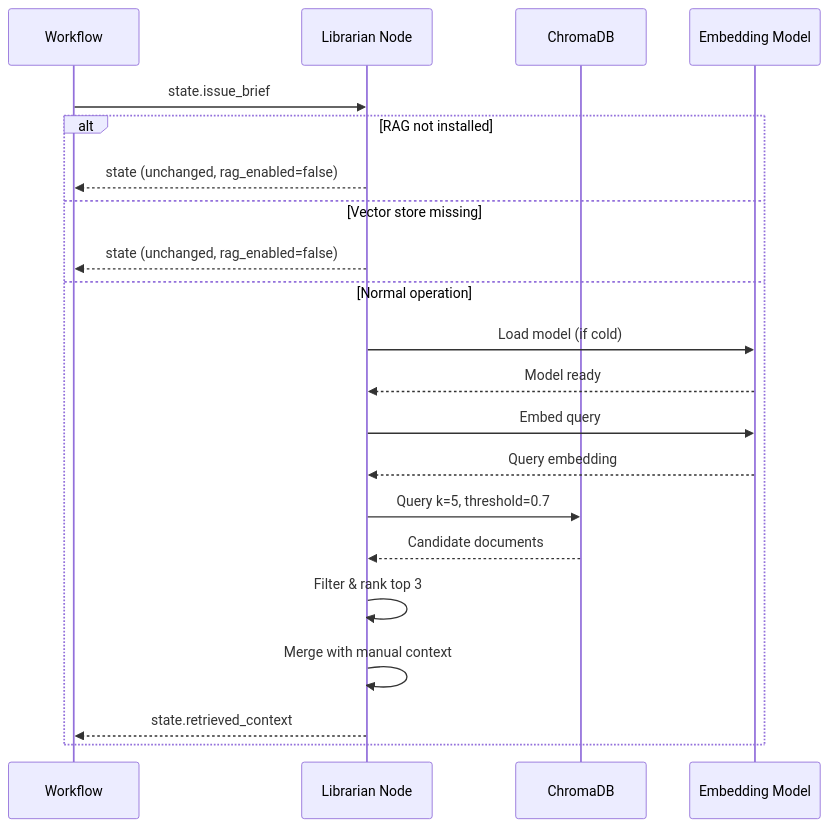
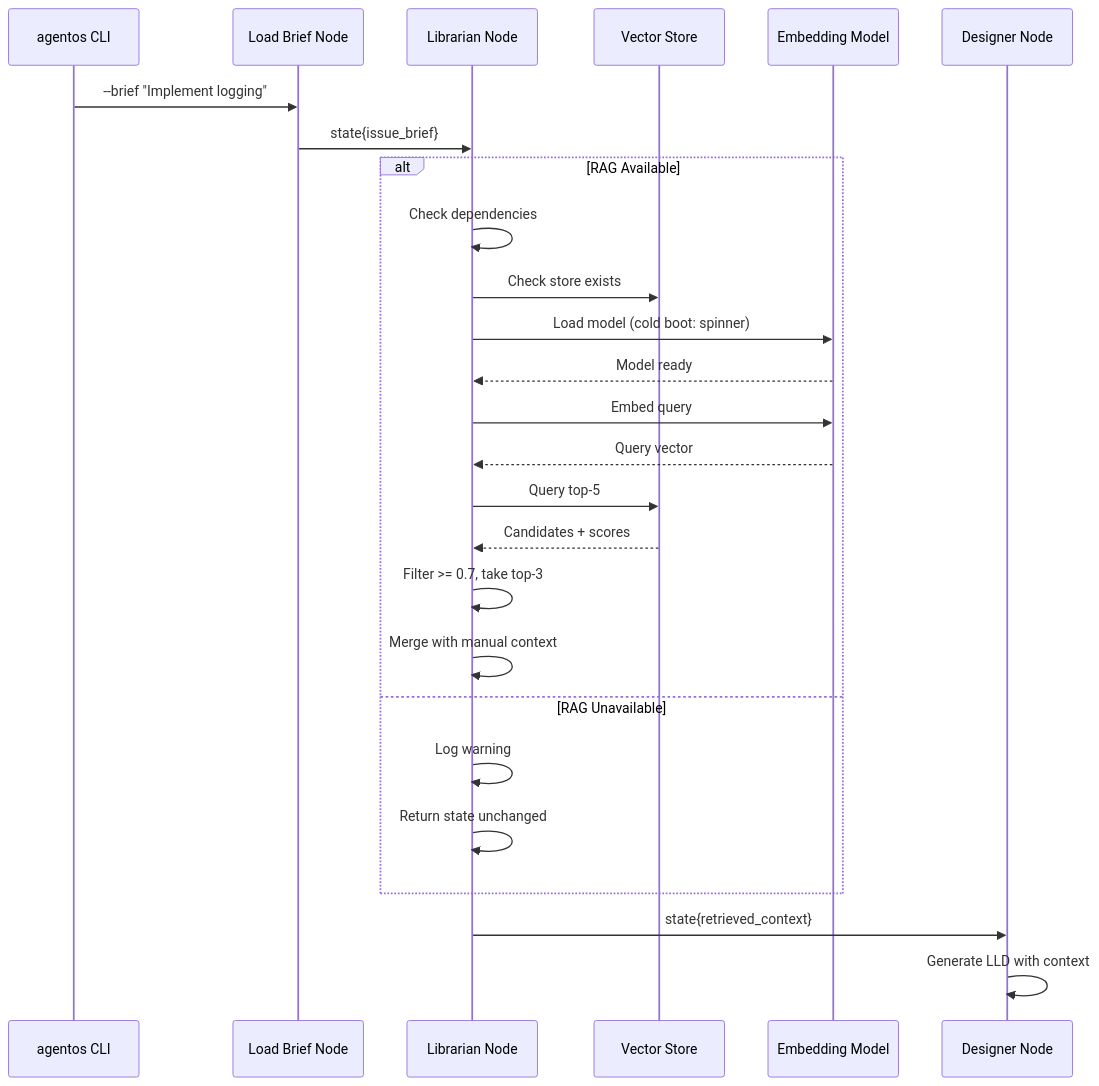
The first of 2 diagrams in docs/lineage/active/88-lld-n1/002-draft.md (martymcenroe/AssemblyZero), drawn with Mermaid before and after one commit. The commit also changed other lines of this file and 191 other files, not shown here.

First line of the commit message:
feat: add The Librarian RAG context injection (#88) (#481)

````diff
--- a/docs/lineage/active/88-lld-n1/002-draft.md
+++ b/docs/lineage/active/88-lld-n1/002-draft.md
@@ -413,25 +396,31 @@
 ```mermaid
 sequenceDiagram
-    participant W as Workflow
-    participant L as Librarian Node
-    participant C as ChromaDB
-    participant M as Embedding Model
+    participant CLI as agentos CLI
+    participant LB as Load Brief Node
+    participant LIB as Librarian Node
+    participant VS as Vector Store
+    participant EM as Embedding Model
+    participant DES as Designer Node
+
+    CLI->>LB: --brief "Implement logging"
+    LB->>LIB: state{issue_brief}
     
-    W->>L: state.issue_brief
+    alt RAG Available
+        LIB->>LIB: Check dependencies
+        LIB->>VS: Check store exists
+        LIB->>EM: Load model (cold boot: spinner)
+        EM-->>LIB: Model ready
+        LIB->>EM: Embed query
+        EM-->>LIB: Query vector
+        LIB->>VS: Query top-5
+        VS-->>LIB: Candidates + scores
+        LIB->>LIB: Filter >= 0.7, take top-3
+        LIB->>LIB: Merge with manual context
+    else RAG Unavailable
+        LIB->>LIB: Log warning
+        LIB->>LIB: Return state unchanged
+    end
     
-    alt RAG not installed
-        L-->>W: state (unchanged, rag_enabled=false)
-    else Vector store missing
-        L-->>W: state (unchanged, rag_enabled=false)
-    else Normal operation
-        L->>M: Load model (if cold)
-        M-->>L: Model ready
-        L->>M: Embed query
-        M-->>L: Query embedding
-        L->>C: Query k=5, threshold=0.7
-        C-->>L: Candidate documents
-        L->>L: Filter & rank top 3
-        L->>L: Merge with manual context
-        L-->>W: state.retrieved_context
-    end
+    LIB->>DES: state{retrieved_context}
+    DES->>DES: Generate LLD with context
 ```
````
